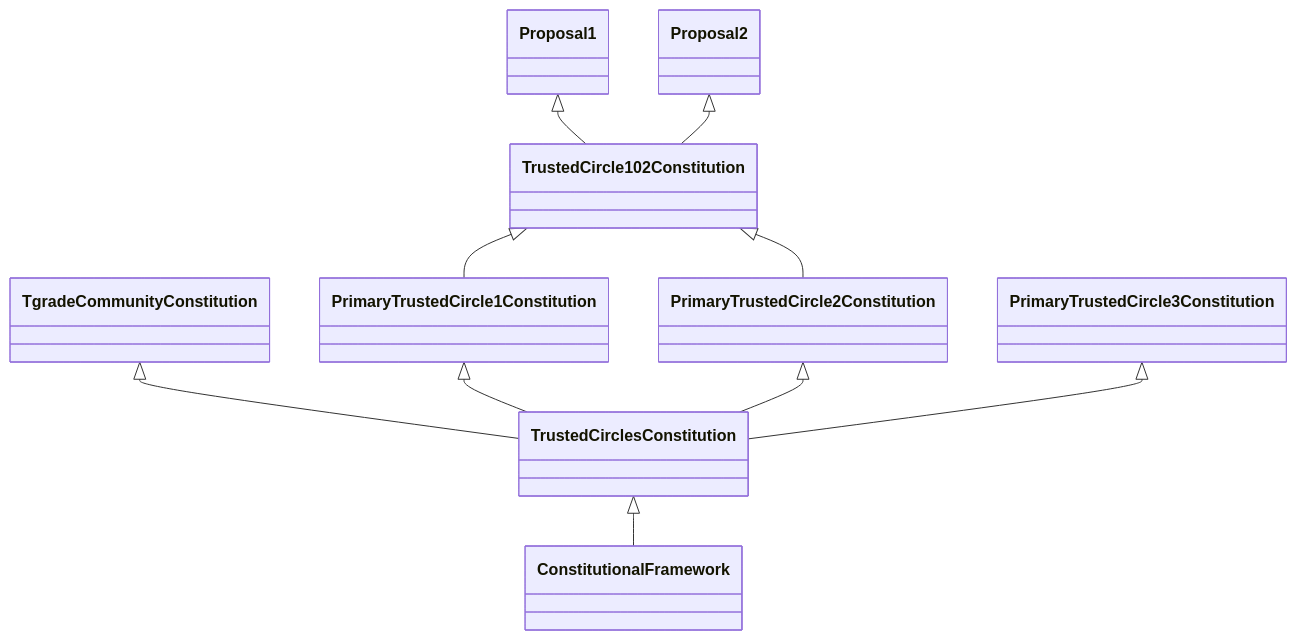
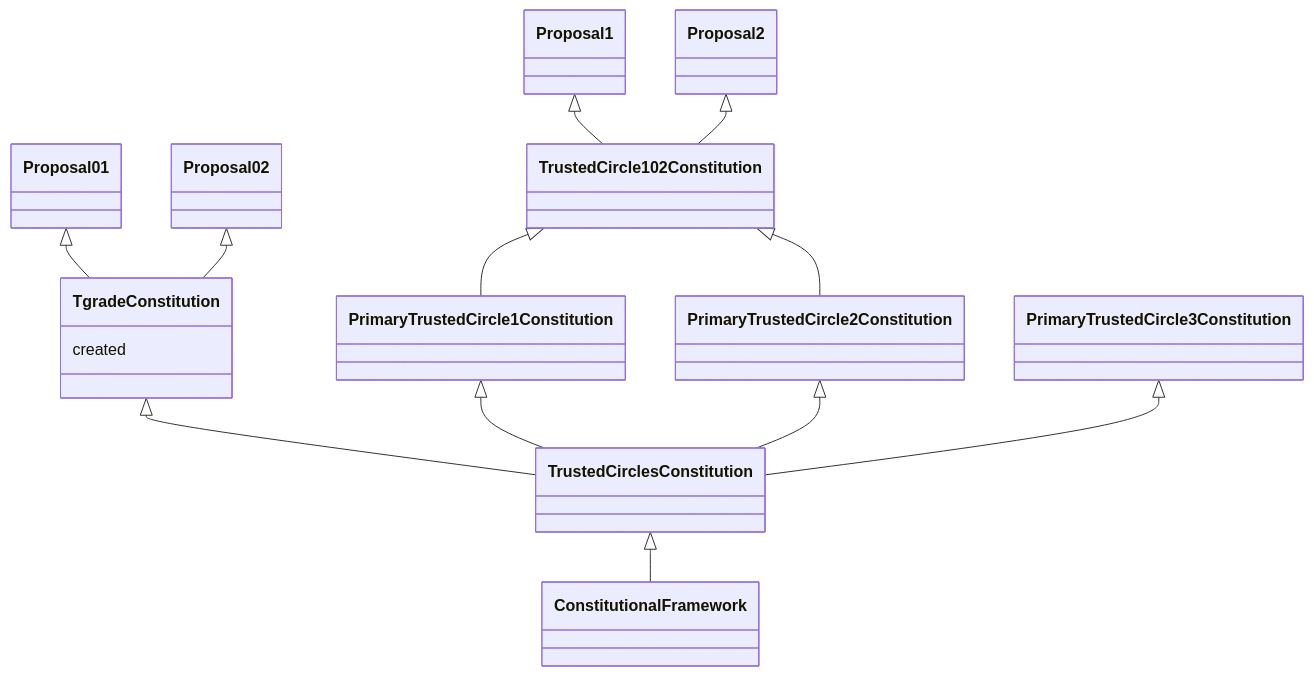
Before and after one commit to the-laurel/chain-proposals: the diagram in tgrade/PrecedenceGraph.md, drawn with Mermaid.

````diff
--- a/tgrade/PrecedenceGraph.md
+++ b/tgrade/PrecedenceGraph.md
@@ -6,16 +6,26 @@
 ```mermaid
 classDiagram
 
-Tgrade Community Constitution <|-- Trusted Circles Constitution 
+class Tgrade Constitution {
+  created
+}
+link Tgrade Constitution "https://github.com/Ocean-Blue-Foundation/resources.tgrade.finance/blob/master/Tgrade%20Constitution.pdf" 
+
+
+
+Tgrade Constitution <|-- Trusted Circles Constitution 
 Trusted Circles Constitution <|-- Constitutional Framework
 Primary Trusted Circle1 Constitution <|-- Trusted Circles Constitution 
 Primary Trusted Circle2 Constitution <|-- Trusted Circles Constitution 
 Primary Trusted Circle3 Constitution <|-- Trusted Circles Constitution 
 Trusted Circle102 Constitution <|-- Primary Trusted Circle1 Constitution 
 Trusted Circle102 Constitution <|-- Primary Trusted Circle2 Constitution 
 
 Proposal 1 <|-- Trusted Circle102 Constitution
 Proposal 2 <|-- Trusted Circle102 Constitution
 
+Proposal 01 <|-- Tgrade Constitution
+Proposal 02 <|-- Tgrade Constitution
+
 
 ```
````
